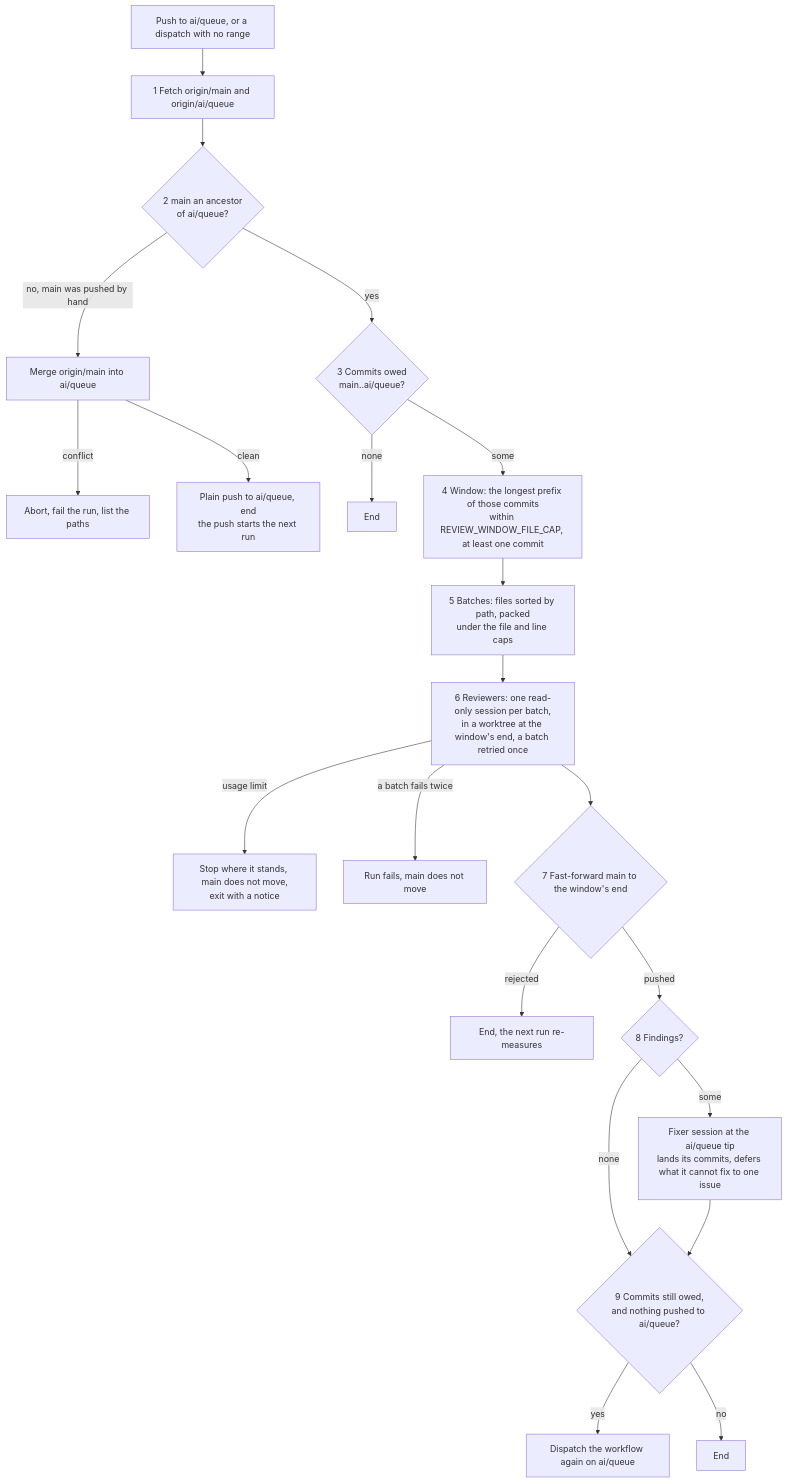
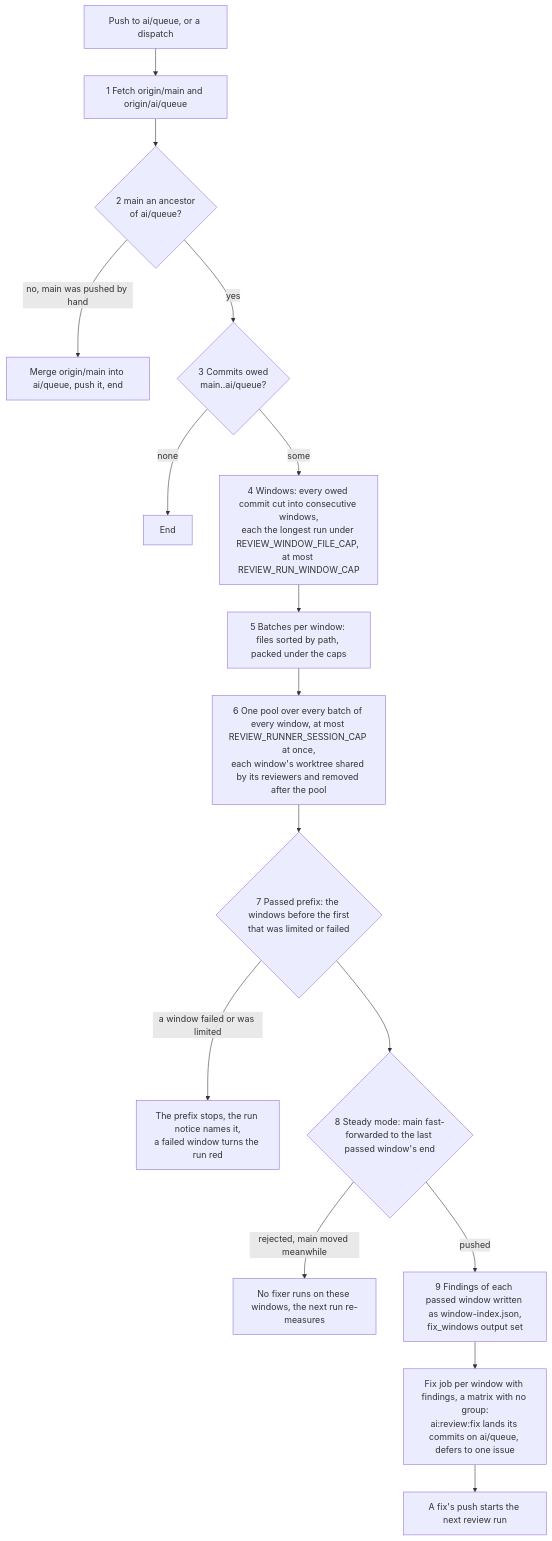
Before and after one commit to Esposter/Esposter: the diagram in apps/web/content/docs/infra/review.md, drawn with Mermaid. The commit also changed other lines of this file and 7 other files, not shown here.

First line of the commit message:
docs(review): the review plans every window per run, reads them in one pool, and runs one fix job per window beside the next review

````diff
--- a/apps/web/content/docs/infra/review.md
+++ b/apps/web/content/docs/infra/review.md
@@ -22,23 +26,18 @@
 ```mermaid
 flowchart TD
-  T[Push to ai/queue, or a dispatch with no range] --> S1
+  T[Push to ai/queue, or a dispatch] --> S1
   S1[1 Fetch origin/main and origin/ai/queue] --> S2{2 main an ancestor<br/>of ai/queue?}
-  S2 -->|no, main was pushed by hand| MG[Merge origin/main into ai/queue]
-  MG -->|conflict| MF[Abort, fail the run, list the paths]
-  MG -->|clean| MP[Plain push to ai/queue, end<br/>the push starts the next run]
+  S2 -->|no, main was pushed by hand| MG[Merge origin/main into ai/queue, push it, end]
   S2 -->|yes| S3{3 Commits owed<br/>main..ai/queue?}
   S3 -->|none| END[End]
-  S3 -->|some| S4[4 Window: the longest prefix of those commits<br/>within REVIEW_WINDOW_FILE_CAP, at least one commit]
-  S4 --> S5[5 Batches: files sorted by path, packed<br/>under the file and line caps]
-  S5 --> S6[6 Reviewers: one read-only session per batch,<br/>in a worktree at the window's end, a batch retried once]
-  S6 -->|usage limit| LIM[Stop where it stands, main does not move,<br/>exit with a notice]
-  S6 -->|a batch fails twice| FL[Run fails, main does not move]
-  S6 --> S7{7 Fast-forward main to the window's end}
-  S7 -->|rejected| RR[End, the next run re-measures]
-  S7 -->|pushed| S8{8 Findings?}
-  S8 -->|none| S9
-  S8 -->|some| S8F[Fixer session at the ai/queue tip<br/>lands its commits, defers what it cannot fix to one issue]
-  S8F --> S9{9 Commits still owed,<br/>and nothing pushed to ai/queue?}
-  S9 -->|yes| CD[Dispatch the workflow again on ai/queue]
-  S9 -->|no| END2[End]
+  S3 -->|some| S4[4 Windows: every owed commit cut into consecutive windows,<br/>each the longest run under REVIEW_WINDOW_FILE_CAP, at most REVIEW_RUN_WINDOW_CAP]
+  S4 --> S5[5 Batches per window: files sorted by path, packed under the caps]
+  S5 --> S6[6 One pool over every batch of every window, at most REVIEW_RUNNER_SESSION_CAP at once,<br/>each window's worktree shared by its reviewers and removed after the pool]
+  S6 --> S7{7 Passed prefix: the windows before the first<br/>that was limited or failed}
+  S7 -->|a window failed or was limited| BL[The prefix stops, the run notice names it,<br/>a failed window turns the run red]
+  S7 --> S8{8 Steady mode: main fast-forwarded to the last passed window's end}
+  S8 -->|rejected, main moved meanwhile| RR[No fixer runs on these windows, the next run re-measures]
+  S8 -->|pushed| S9[9 Findings of each passed window written as window-index.json,<br/>fix_windows output set]
+  S9 --> FX[Fix job per window with findings, a matrix with no group:<br/>ai:review:fix lands its commits on ai/queue, defers to one issue]
+  FX --> PUSH[A fix's push starts the next review run]
 ```
````
